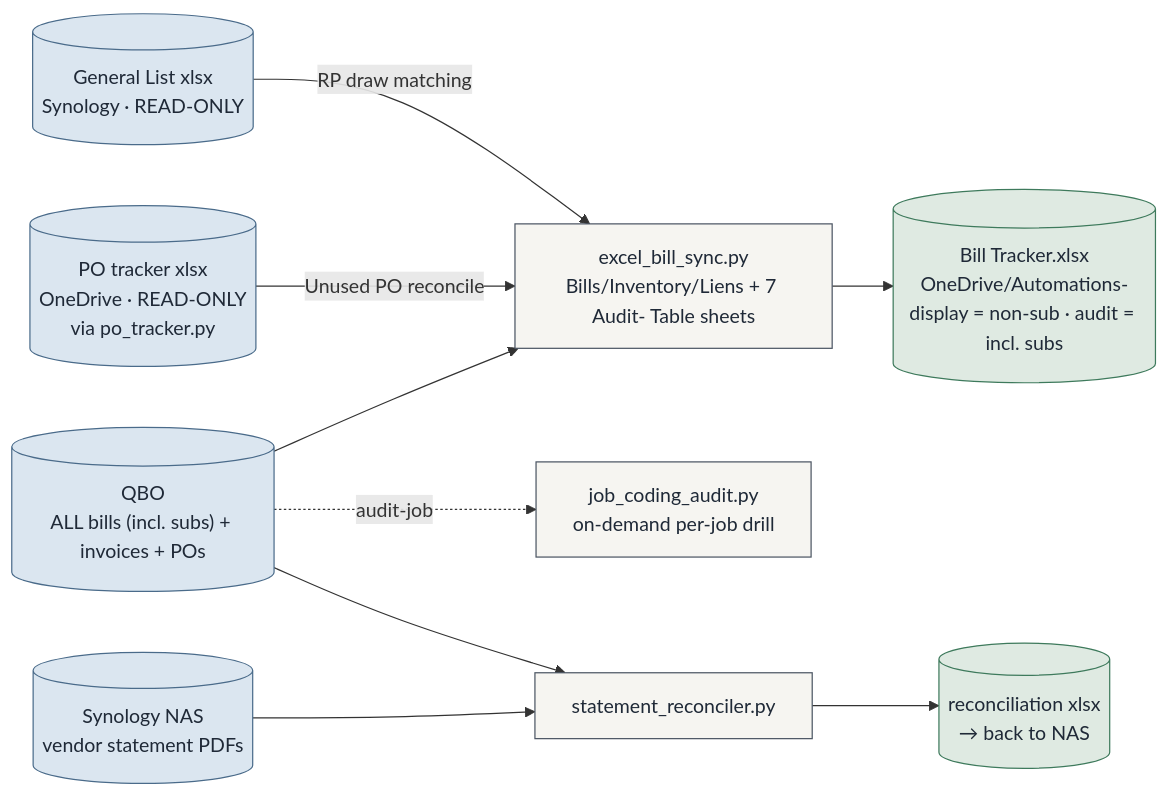
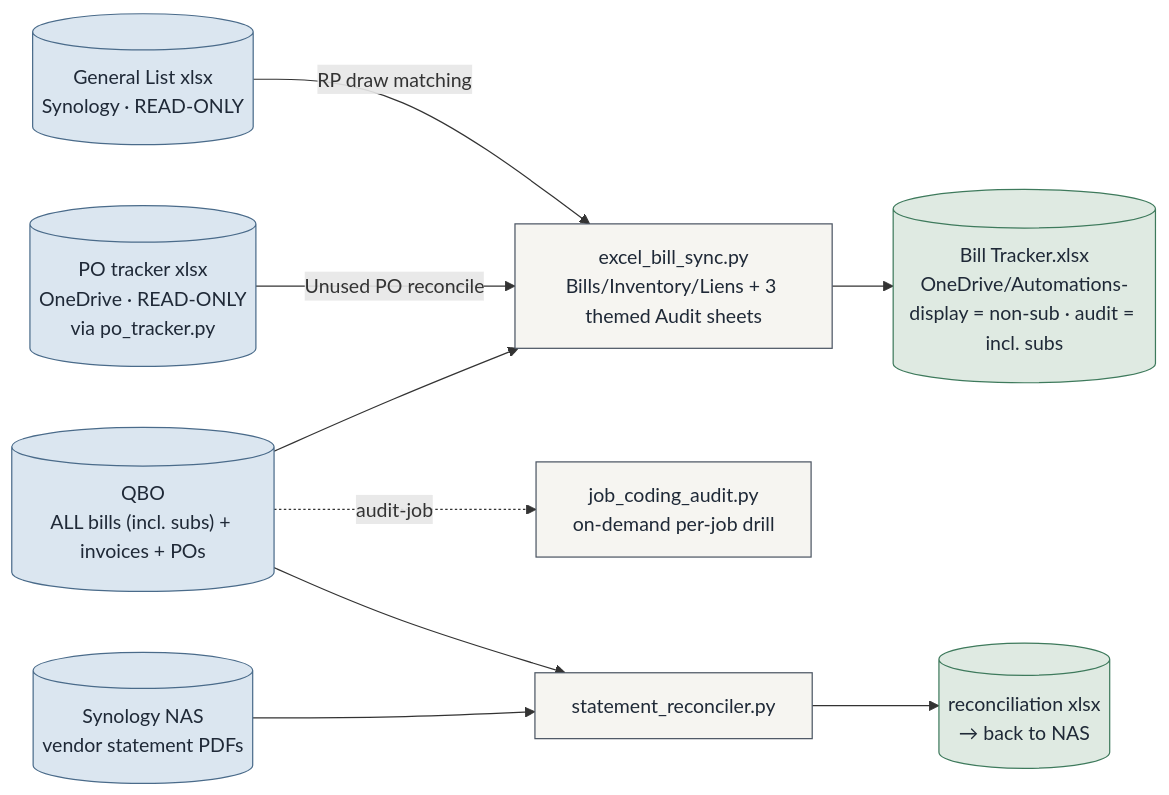
One commit to Ecarlo-Proficient/Claude-Report changed the second of 6 diagrams in docs/ARCHITECTURE.md. Above: the diagram before and after it, drawn with Mermaid. The commit also changed other lines of this file and 3 other files, not shown here.

First line of the commit message:
bill-tracker: consolidate audits to 3 themed sheets + new Missing-PO check

````diff
--- a/docs/ARCHITECTURE.md
+++ b/docs/ARCHITECTURE.md
@@ -215,23 +215,23 @@
 ```mermaid
 flowchart LR
     classDef src fill:#dbe6f0,stroke:#4A6B8A,color:#1f2937
     classDef tool fill:#f6f5f1,stroke:#4b5563,color:#1f2937
     classDef out fill:#dfeae2,stroke:#3E7A5C,color:#1f2937
 
     QBO[("QBO\nALL bills (incl. subs) + invoices + POs")]:::src
     NAS[("Synology NAS\nvendor statement PDFs")]:::src
     GL[("General List xlsx\nSynology · READ-ONLY")]:::src
     POT[("PO tracker xlsx\nOneDrive · READ-ONLY\nvia po_tracker.py")]:::src
-    BT["excel_bill_sync.py\nBills/Inventory/Liens + 7 Audit- Table sheets"]:::tool
+    BT["excel_bill_sync.py\nBills/Inventory/Liens + 3 themed Audit sheets"]:::tool
     JCA["job_coding_audit.py\non-demand per-job drill"]:::tool
     SR["statement_reconciler.py"]:::tool
     BX[("Bill Tracker.xlsx\nOneDrive/Automations-\ndisplay = non-sub · audit = incl. subs")]:::out
     RX[("reconciliation xlsx\n→ back to NAS")]:::out
 
     QBO --> BT --> BX
     QBO -. "audit-job" .-> JCA
     GL -- "RP draw matching" --> BT
     POT -- "Unused PO reconcile" --> BT
     QBO --> SR
     NAS --> SR --> RX
 ```
````
